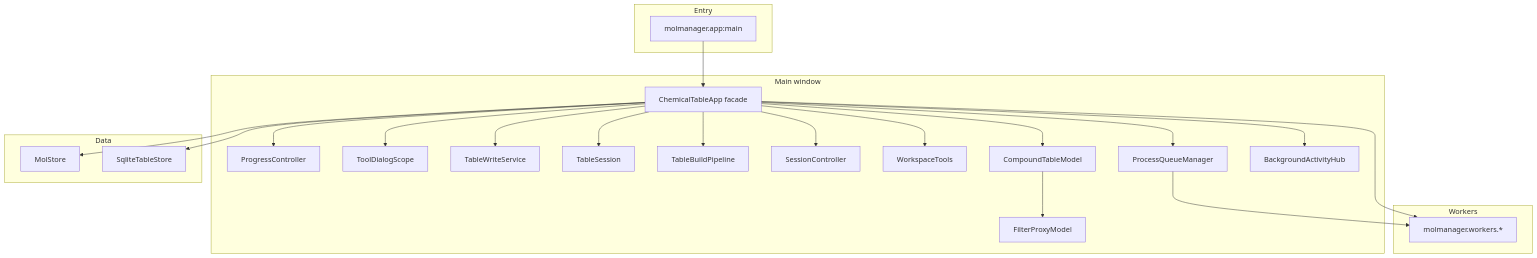
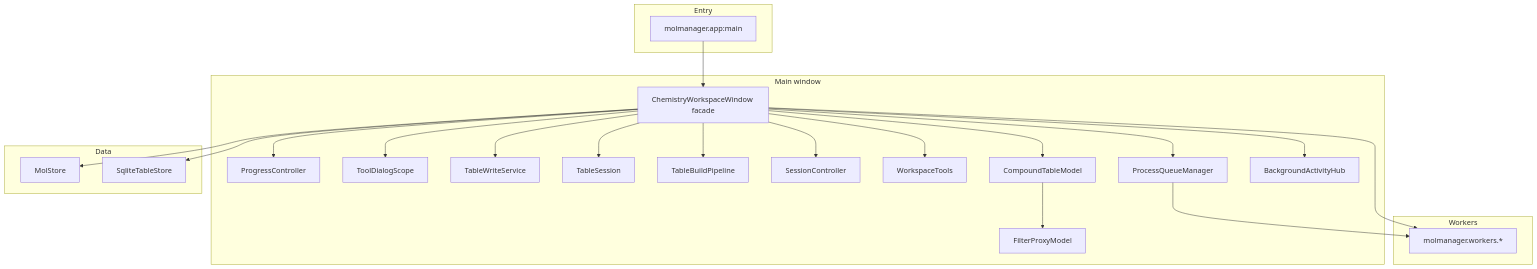
Before and after one commit to hunterp5/MCToolkit: the diagram in docs/ARCHITECTURE.md, drawn with Mermaid. The commit also changed other lines of this file and 60 other files, not shown here.

First line of the commit message:
Rename ChemicalTableApp to ChemistryWorkspaceWindow.

````diff
--- a/docs/ARCHITECTURE.md
+++ b/docs/ARCHITECTURE.md
@@ -7,43 +7,43 @@
 ```mermaid
 flowchart TB
   subgraph entry [Entry]
     app[molmanager.app:main]
   end
   subgraph window [Main window]
-    CTA[ChemicalTableApp facade]
+    CTA[ChemistryWorkspaceWindow facade]
     PROG[ProgressController]
     SCOPE[ToolDialogScope]
     WRITE[TableWriteService]
     TS[TableSession]
     BUILD[TableBuildPipeline]
     SESS[SessionController]
     TOOLS[WorkspaceTools]
     CTM[CompoundTableModel]
     FPM[FilterProxyModel]
     PQ[ProcessQueueManager]
     HUB[BackgroundActivityHub]
   end
   subgraph data [Data]
     mols[MolStore]
     sqlite[SqliteTableStore]
   end
   subgraph workers [Workers]
     W[molmanager.workers.*]
   end
   app --> CTA
   CTA --> PROG
   CTA --> SCOPE
   CTA --> WRITE
   CTA --> TS
   CTA --> BUILD
   CTA --> SESS
   CTA --> TOOLS
   CTA --> CTM
   CTM --> FPM
   CTA --> PQ
   CTA --> HUB
   CTA --> mols
   CTA --> sqlite
   PQ --> W
   CTA --> W
 ```
````
